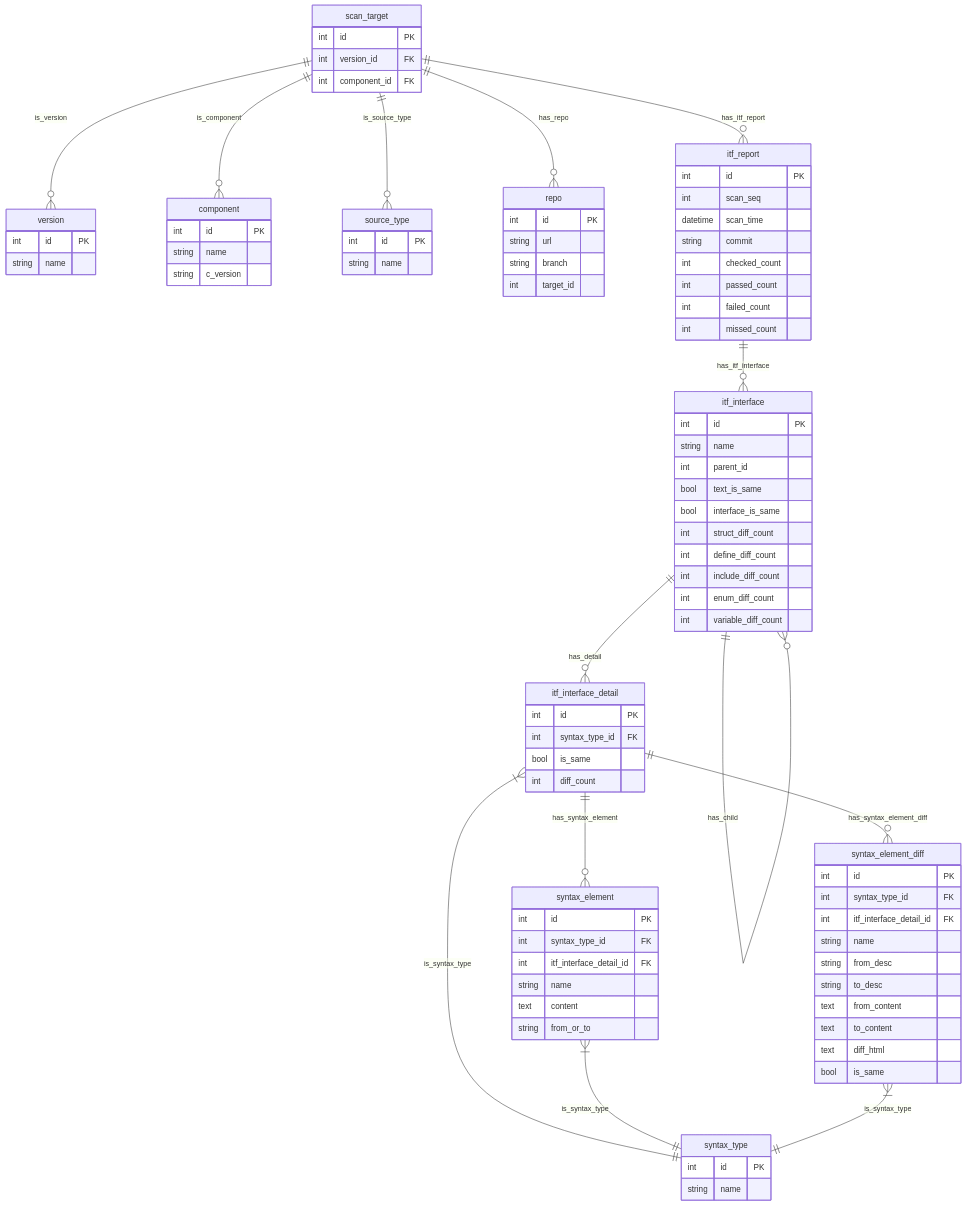
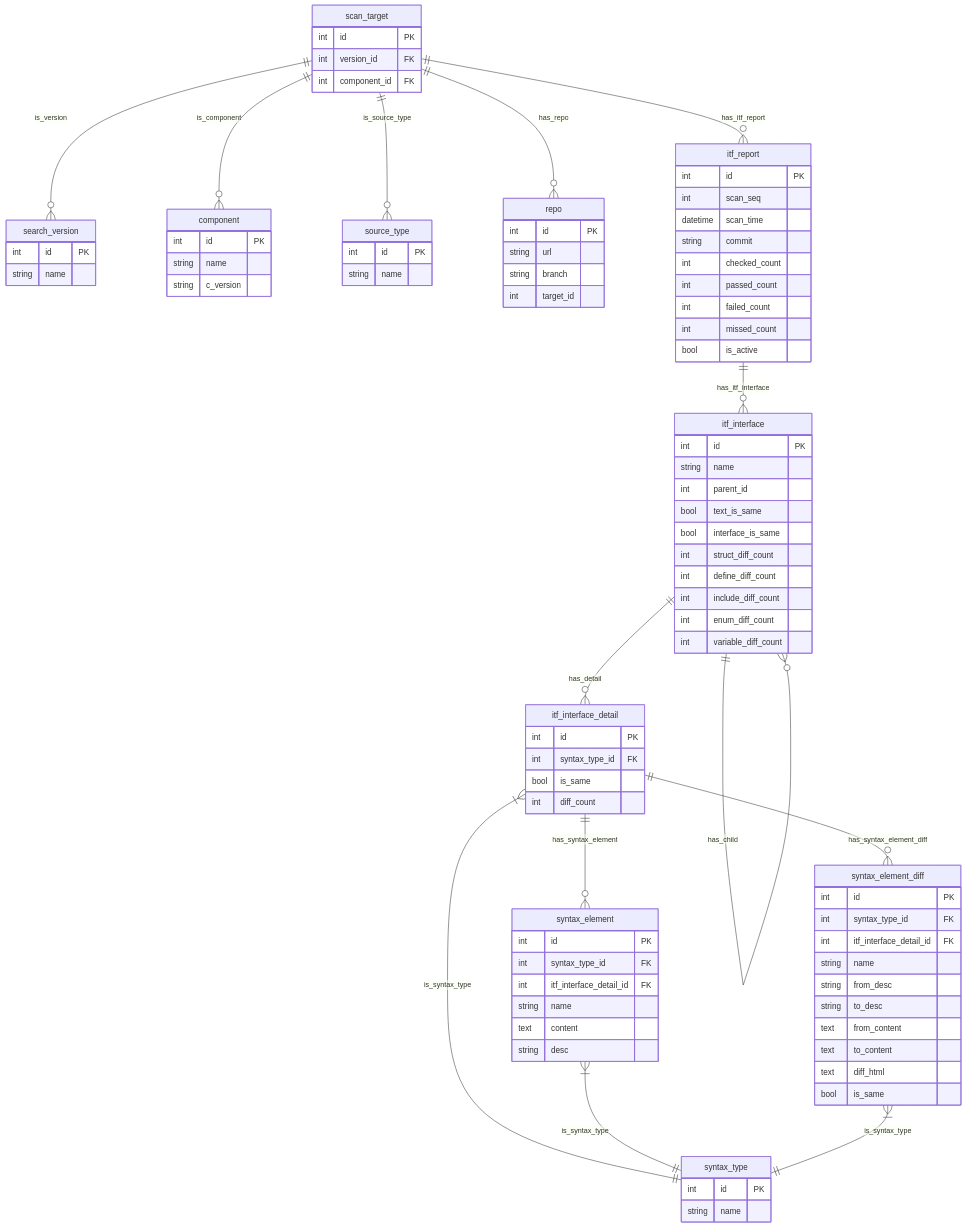
Before and after one commit to Kunkgg/dendron-blog: the diagram in vault/itf-checker.design.ER.md, drawn with Mermaid. The commit also changed other lines of this file and 14 other files, not shown here.

````diff
--- a/vault/itf-checker.design.ER.md
+++ b/vault/itf-checker.design.ER.md
@@ -9,6 +9,6 @@
 ```mermaid
 erDiagram
-    version {
+    search_version {
       int id PK
       string name
     }
@@ -46,6 +46,7 @@
       int passed_count
       int failed_count
       int missed_count
+      bool is_active
     }
 
     itf_interface {
@@ -79,7 +80,7 @@
       int itf_interface_detail_id FK
       string name
       text content
-      string from_or_to
+      string desc
     }
 
     syntax_element_diff {
@@ -95,7 +96,7 @@
       bool is_same
     }
 
-    scan_target ||--o{ version : is_version
+    scan_target ||--o{ search_version : is_version
     scan_target ||--o{ component : is_component
     scan_target ||--o{ source_type : is_source_type
     scan_target ||--o{ repo : has_repo
````
